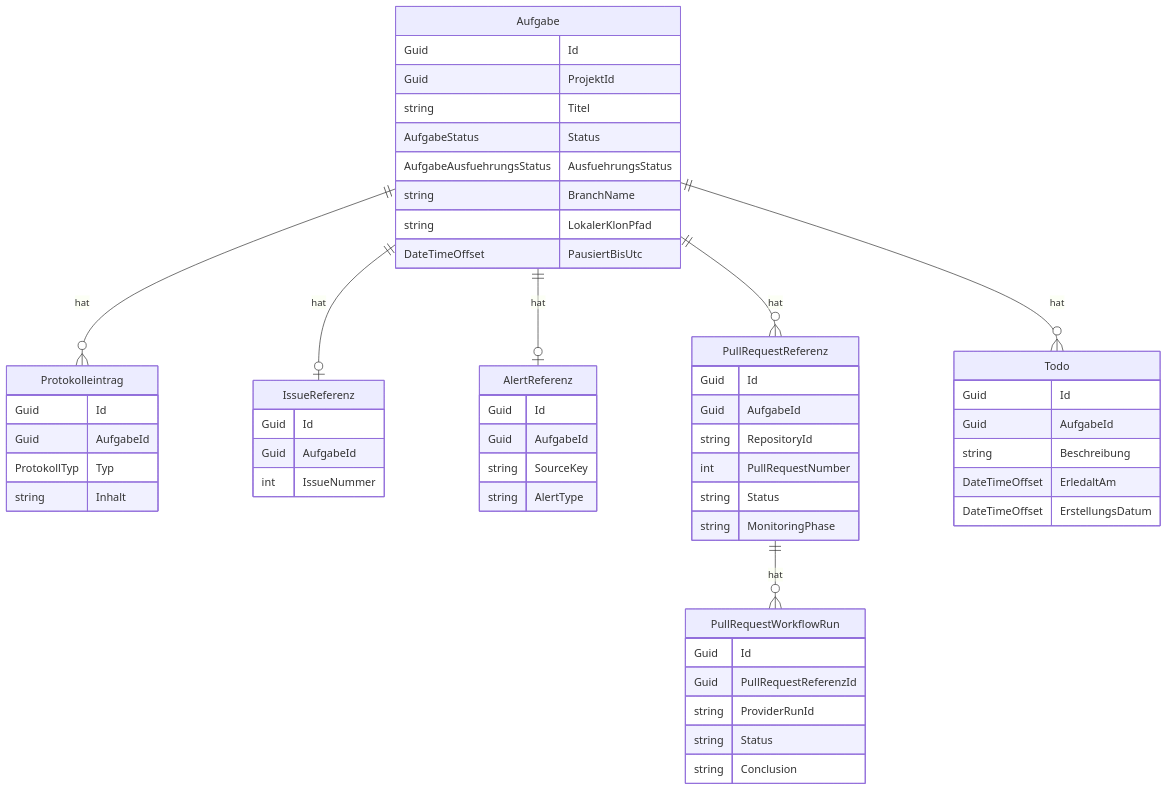
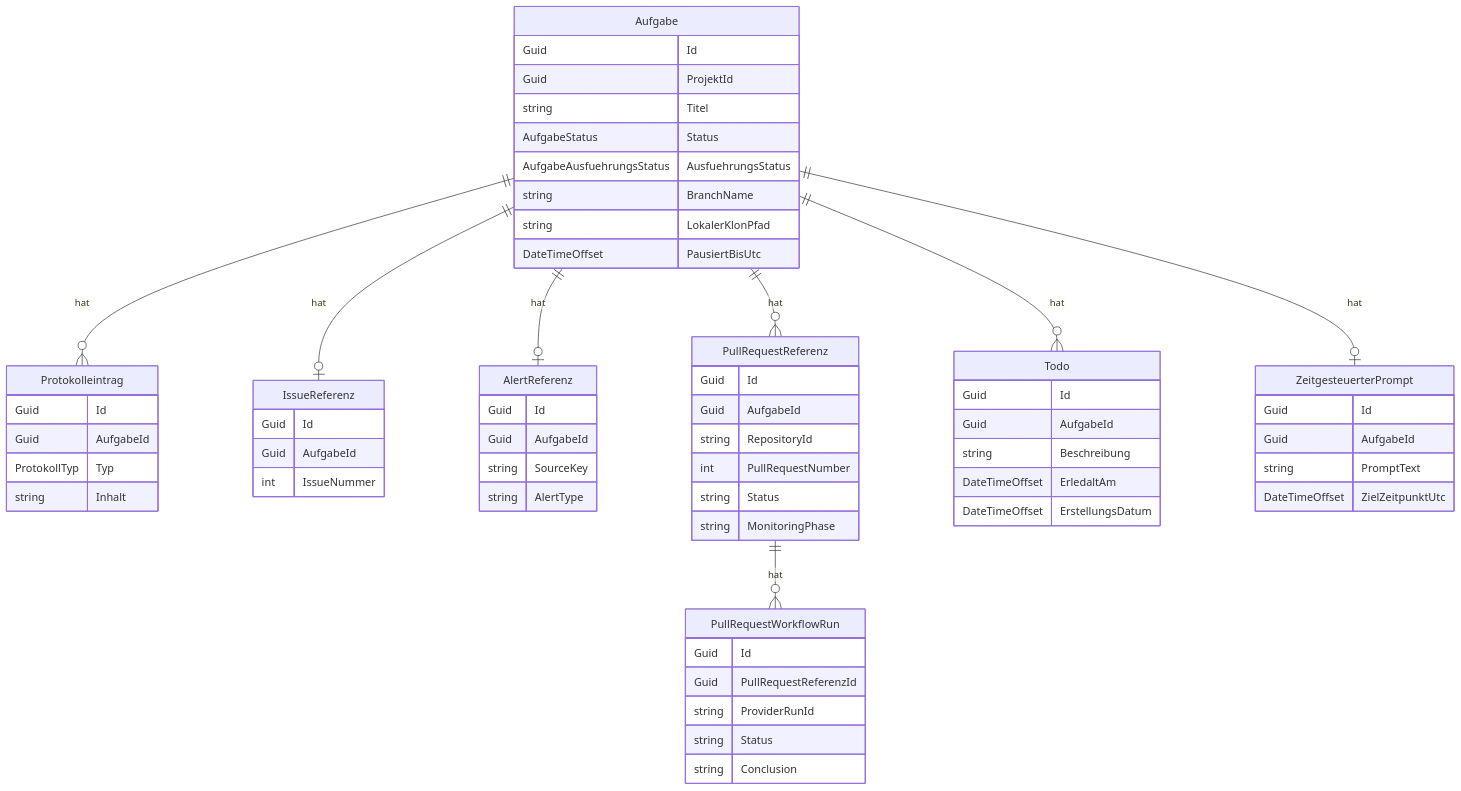
The second of 2 diagrams in docs/help/aufgaben/datenmodell.md (martin-stromberg/Softwareschmiede), drawn with Mermaid before and after one commit. The commit also changed other lines of this file and 38 other files, not shown here.

````diff
--- a/docs/help/aufgaben/datenmodell.md
+++ b/docs/help/aufgaben/datenmodell.md
@@ -155,58 +168,65 @@
 ```mermaid
 erDiagram
     Aufgabe {
         Guid Id
         Guid ProjektId
         string Titel
         AufgabeStatus Status
         AufgabeAusfuehrungsStatus AusfuehrungsStatus
         string BranchName
         string LokalerKlonPfad
         DateTimeOffset PausiertBisUtc
     }
     Protokolleintrag {
         Guid Id
         Guid AufgabeId
         ProtokollTyp Typ
         string Inhalt
     }
     IssueReferenz {
         Guid Id
         Guid AufgabeId
         int IssueNummer
     }
     AlertReferenz {
         Guid Id
         Guid AufgabeId
         string SourceKey
         string AlertType
     }
     PullRequestReferenz {
         Guid Id
         Guid AufgabeId
         string RepositoryId
         int PullRequestNumber
         string Status
         string MonitoringPhase
     }
     PullRequestWorkflowRun {
         Guid Id
         Guid PullRequestReferenzId
         string ProviderRunId
         string Status
         string Conclusion
     }
     Todo {
         Guid Id
         Guid AufgabeId
         string Beschreibung
         DateTimeOffset ErledaltAm
         DateTimeOffset ErstellungsDatum
     }
+    ZeitgesteuerterPrompt {
+        Guid Id
+        Guid AufgabeId
+        string PromptText
+        DateTimeOffset ZielZeitpunktUtc
+    }
     Aufgabe ||--o{ Protokolleintrag : "hat"
     Aufgabe ||--o| IssueReferenz : "hat"
     Aufgabe ||--o| AlertReferenz : "hat"
     Aufgabe ||--o{ PullRequestReferenz : "hat"
     Aufgabe ||--o{ Todo : "hat"
+    Aufgabe ||--o| ZeitgesteuerterPrompt : "hat"
     PullRequestReferenz ||--o{ PullRequestWorkflowRun : "hat"
 ```
````
